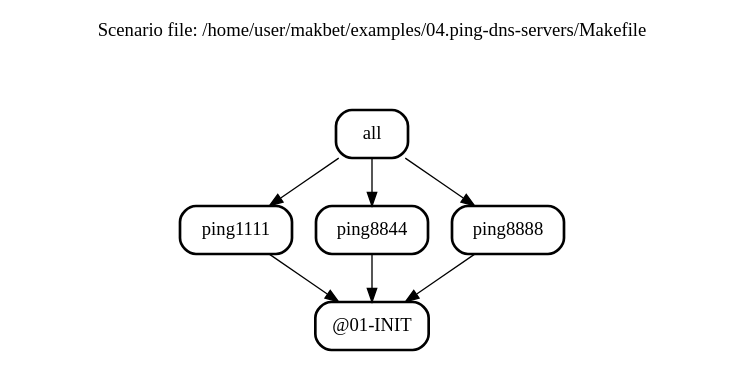
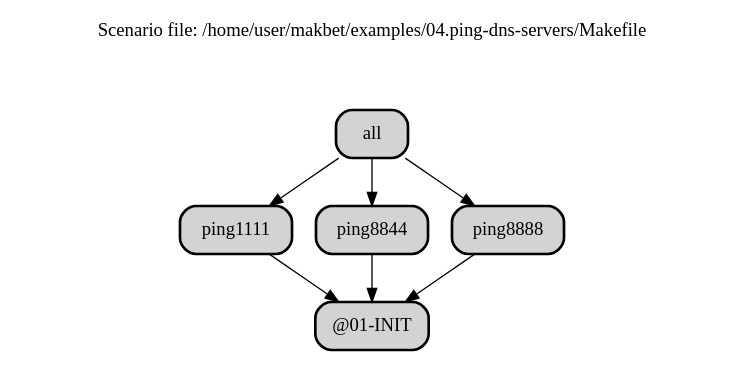
One commit to skaluzka/makbet changed the diagram in examples/04.ping-dns-servers/results/output.dot. Above: the diagram before and after it, drawn with Graphviz. The commit also changed 10 other files, not shown here.

```diff
--- a/examples/04.ping-dns-servers/results/output.dot
+++ b/examples/04.ping-dns-servers/results/output.dot
@@ -1,55 +1,55 @@
 digraph {
 
 // This file has been generated by makbet master+g23016ba-2020-12-08T20:14:39+01:00
 // Generation date: Tue Dec  8 09:14:27 PM CET 2020
 // Scenario file: /home/user/makbet/examples/04.ping-dns-servers/Makefile
 
 // Define graph title.
 labelloc="t";
 label="Scenario file: /home/user/makbet/examples/04.ping-dns-servers/Makefile\n\n\n\n";
 
 // Define global options for all nodes.
-node [shape="box" style="rounded, bold"];
+node [shape="box" style="rounded, bold, filled"];
 
 
 // TASK_NAME: @01-INIT
 // TASK_ID: 1
 // TASK_DEPS: 
 // TASK_CMD: 
 // TASK_CMD_OPTS: 
 "@01-INIT";
 
 // TASK_NAME: all
 // TASK_ID: 6
 // TASK_DEPS: ping1111 ping8844 ping8888
 // TASK_CMD: 
 // TASK_CMD_OPTS: 
 "all" -> "ping1111";
 "all" -> "ping8844";
 "all" -> "ping8888";
 
 // TASK_NAME: ping1111
 // TASK_ID: 2
 // TASK_DEPS: @01-INIT
 // TASK_CMD: ping
 // TASK_CMD_OPTS: -c10 1.1.1.1
 "ping1111" -> "@01-INIT";
 
 // TASK_NAME: ping8844
 // TASK_ID: 3
 // TASK_DEPS: @01-INIT
 // TASK_CMD: ping
 // TASK_CMD_OPTS: -c4 8.8.4.4
 "ping8844" -> "@01-INIT";
 
 // TASK_NAME: ping8888
 // TASK_ID: 4
 // TASK_DEPS: @01-INIT
 // TASK_CMD: ping
 // TASK_CMD_OPTS: -c4 8.8.8.8
 "ping8888" -> "@01-INIT";
 
 }
 
 
 // End of file
```
